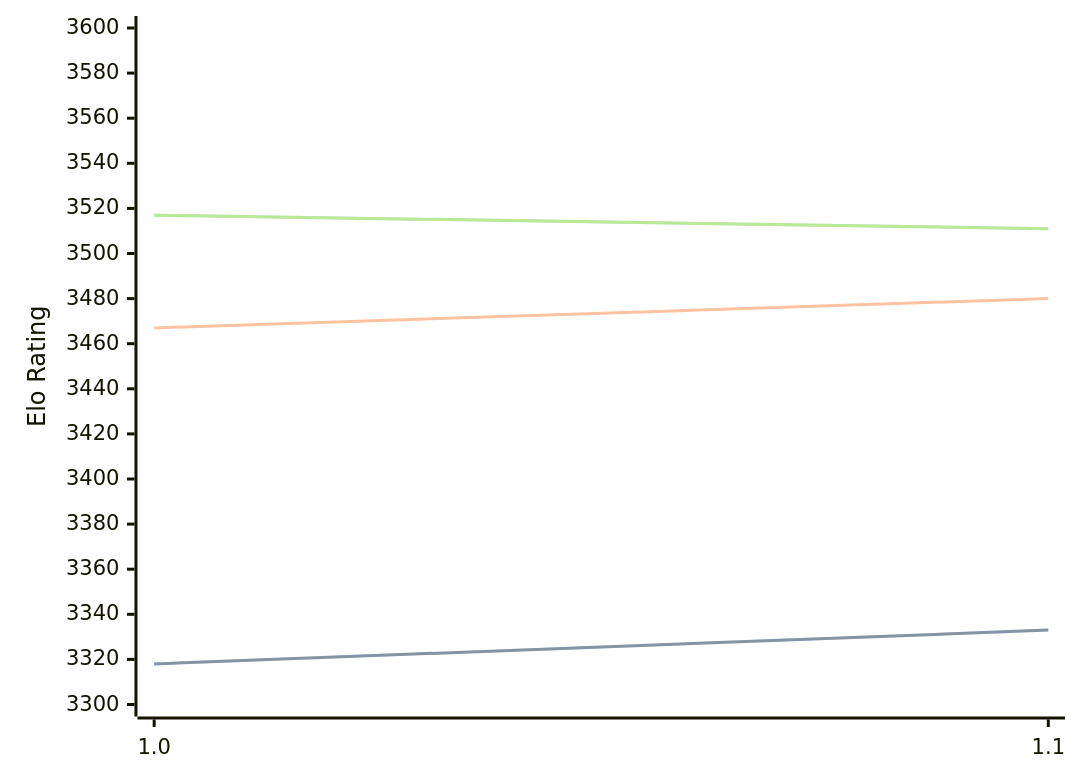
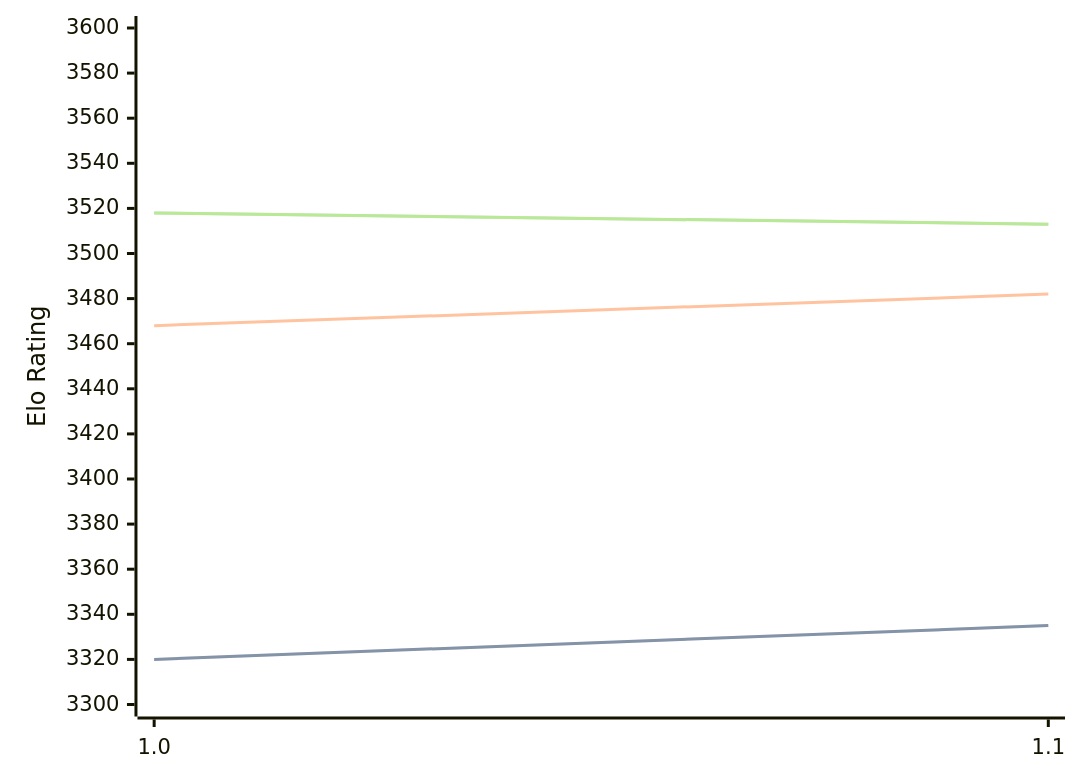
One commit to computer-chess-index/cci changed the diagram in engines/Horsie.md. Above: the diagram before and after it, drawn with Mermaid. The commit also changed other lines of this file, not shown here.

Commit message:
Update CCI Ratings (ELO VLTC) - 2026-06-11

````diff
--- a/engines/Horsie.md
+++ b/engines/Horsie.md
@@ -32,11 +32,11 @@
 ```mermaid
 %%{init: {"theme":"base","themeVariables":{"seriesColors:['#a3a3a3','#222221','#faa371']}}}%%
 xychart-beta
   x-axis ["1.0", "1.1"]
   y-axis "Elo Rating" 3300 --> 3600
-  line "STC (8.0+0.08s)" [3318, 3333]
-  line "STC (8.0+0.08s)" [3318, 3333]
-  line "LTC (60.0+0.60s)" [3467, 3480]
-  line "VLTC (2m24s+1.12s)" [3517, 3511]
-  line "VLTC (2m24s+1.12s)" [3517, 3511]
+  line "STC (8.0+0.08s)" [3320, 3335]
+  line "STC (8.0+0.08s)" [3320, 3335]
+  line "LTC (60.0+0.60s)" [3468, 3482]
+  line "VLTC (2m24s+1.12s)" [3518, 3513]
+  line "VLTC (2m24s+1.12s)" [3518, 3513]
 ```
````
